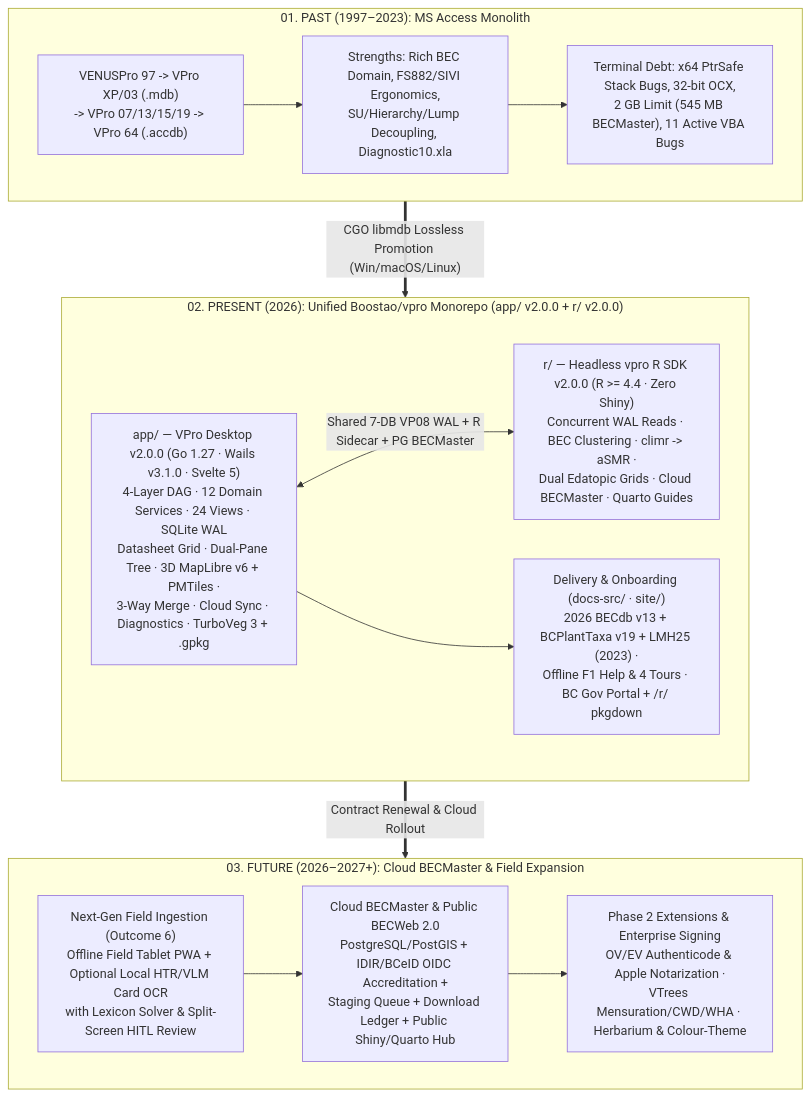
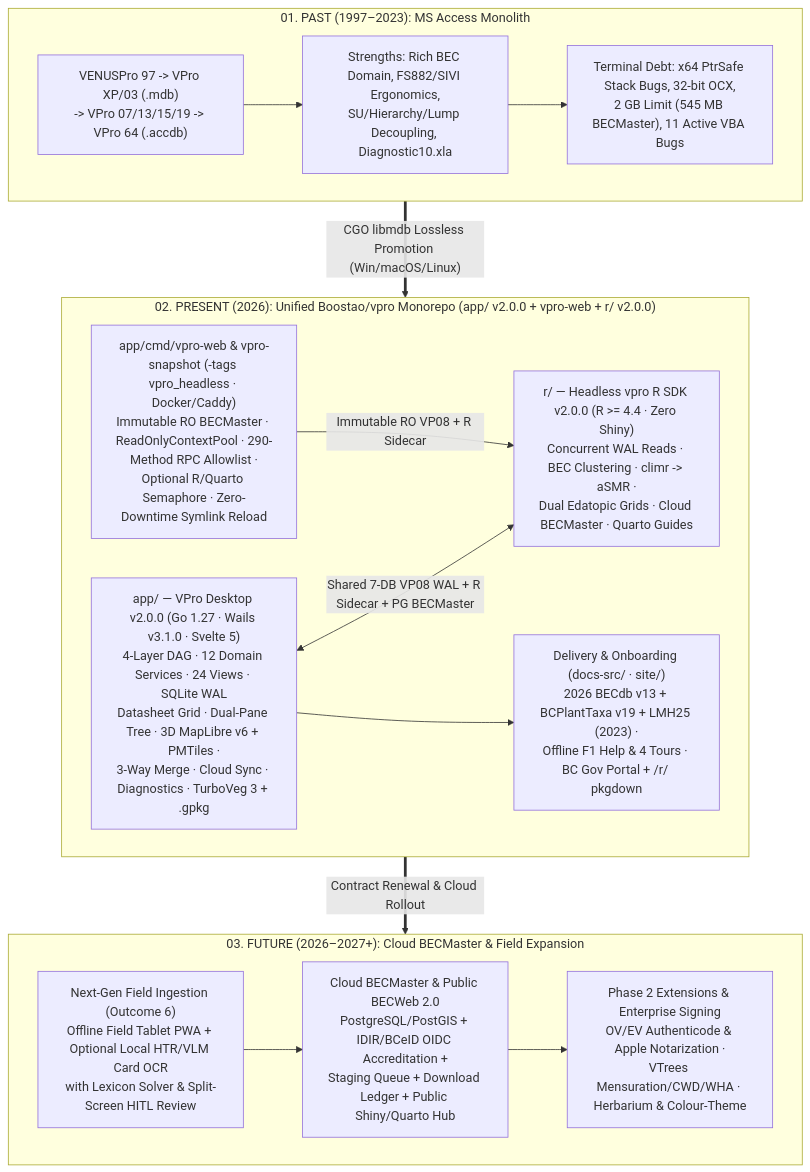
One commit to Boostao/vpro changed the diagram in okf/00_index.md. Above: the diagram before and after it, drawn with Mermaid. The commit also changed other lines of this file and 3 other files, not shown here.

Commit message:
docs(okf): add vpro-web read-only deployment runbook, architecture surface, and D-14 ADR

````diff
--- a/okf/00_index.md
+++ b/okf/00_index.md
@@ -28,28 +29,30 @@
 ```mermaid
 flowchart TB
     subgraph Past["01. PAST (1997–2023): MS Access Monolith"]
         P1["VENUSPro 97 -> VPro XP/03 (.mdb)<br/>-> VPro 07/13/15/19 -> VPro 64 (.accdb)"]
         P2["Strengths: Rich BEC Domain, FS882/SIVI Ergonomics,<br/>SU/Hierarchy/Lump Decoupling, Diagnostic10.xla"]
         P3["Terminal Debt: x64 PtrSafe Stack Bugs, 32-bit OCX,<br/>2 GB Limit (545 MB BECMaster), 11 Active VBA Bugs"]
         P1 --> P2 --> P3
     end
 
-    subgraph Present["02. PRESENT (2026): Unified Boostao/vpro Monorepo (app/ v2.0.0 + r/ v2.0.0)"]
+    subgraph Present["02. PRESENT (2026): Unified Boostao/vpro Monorepo (app/ v2.0.0 + vpro-web + r/ v2.0.0)"]
         C1["app/ — VPro Desktop v2.0.0 (Go 1.27 · Wails v3.1.0 · Svelte 5)<br/>4-Layer DAG · 12 Domain Services · 24 Views · SQLite WAL<br/>Datasheet Grid · Dual-Pane Tree · 3D MapLibre v6 + PMTiles ·<br/>3-Way Merge · Cloud Sync · Diagnostics · TurboVeg 3 + .gpkg"]
         C2["r/ — Headless vpro R SDK v2.0.0 (R >= 4.4 · Zero Shiny)<br/>Concurrent WAL Reads · BEC Clustering · climr -> aSMR ·<br/>Dual Edatopic Grids · Cloud BECMaster · Quarto Guides"]
+        C4["app/cmd/vpro-web & vpro-snapshot (-tags vpro_headless · Docker/Caddy)<br/>Immutable RO BECMaster · ReadOnlyContextPool · 290-Method RPC Allowlist ·<br/>Optional R/Quarto Semaphore · Zero-Downtime Symlink Reload"]
         C3["Delivery & Onboarding (docs-src/ · site/)<br/>2026 BECdb v13 + BCPlantTaxa v19 + LMH25 (2023) ·<br/>Offline F1 Help & 4 Tours · BC Gov Portal + /r/ pkgdown"]
         C1 <-->|"Shared 7-DB VP08 WAL + R Sidecar + PG BECMaster"| C2
+        C4 -->|"Immutable RO VP08 + R Sidecar"| C2
         C1 --> C3
     end
 
     subgraph Future["03. FUTURE (2026–2027+): Cloud BECMaster & Field Expansion"]
         F1["Cloud BECMaster & Public BECWeb 2.0<br/>PostgreSQL/PostGIS + IDIR/BCeID OIDC Accreditation +<br/>Staging Queue + Download Ledger + Public Shiny/Quarto Hub"]
         F2["Next-Gen Field Ingestion (Outcome 6)<br/>Offline Field Tablet PWA + Optional Local HTR/VLM Card OCR<br/>with Lexicon Solver & Split-Screen HITL Review"]
         F3["Phase 2 Extensions & Enterprise Signing<br/>OV/EV Authenticode & Apple Notarization ·<br/>VTrees Mensuration/CWD/WHA · Herbarium & Colour-Theme"]
         F1 --> F3
         F2 --> F1
     end
 
     Past ==>|"CGO libmdb Lossless Promotion (Win/macOS/Linux)"| Present
     Present ==>|"Contract Renewal & Cloud Rollout"| Future
 ```
````
